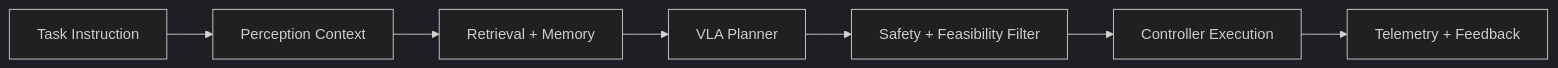
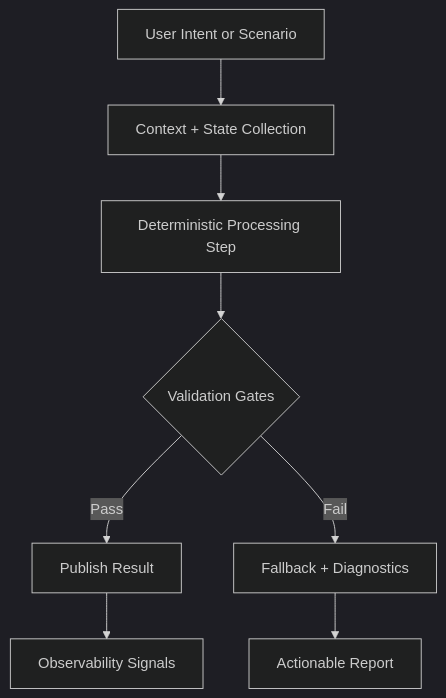
The first of 3 diagrams in docs/module-4-vla/overview.mdx (MariumAfzal2703/physical-ai-humanoid-robotics-textbook), drawn with Mermaid (dark theme) before and after one commit. The commit also changed other lines of this file and 20 other files, not shown here.

````diff
--- a/docs/module-4-vla/overview.mdx
+++ b/docs/module-4-vla/overview.mdx
@@ -23,9 +17,10 @@
 ```mermaid
-flowchart LR
-  A[Task Instruction] --> B[Perception Context]
-  B --> C[Retrieval + Memory]
-  C --> D[VLA Planner]
-  D --> E[Safety + Feasibility Filter]
-  E --> F[Controller Execution]
-  F --> G[Telemetry + Feedback]
+flowchart TD
+  A[User Intent or Scenario] --> B[Context + State Collection]
+  B --> C[Deterministic Processing Step]
+  C --> D{Validation Gates}
+  D -- Pass --> E[Publish Result]
+  D -- Fail --> F[Fallback + Diagnostics]
+  F --> G[Actionable Report]
+  E --> H[Observability Signals]
 ```
````
